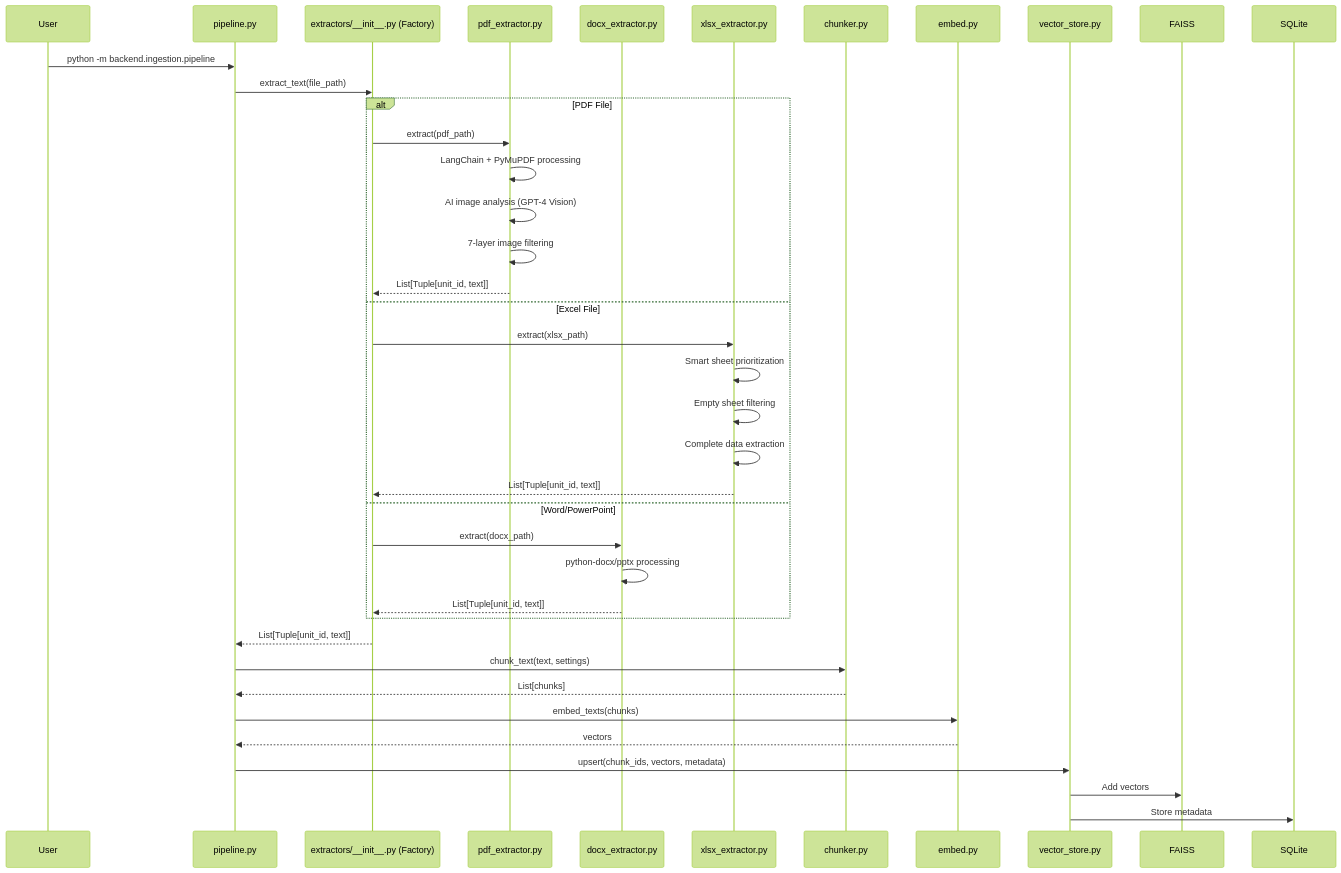
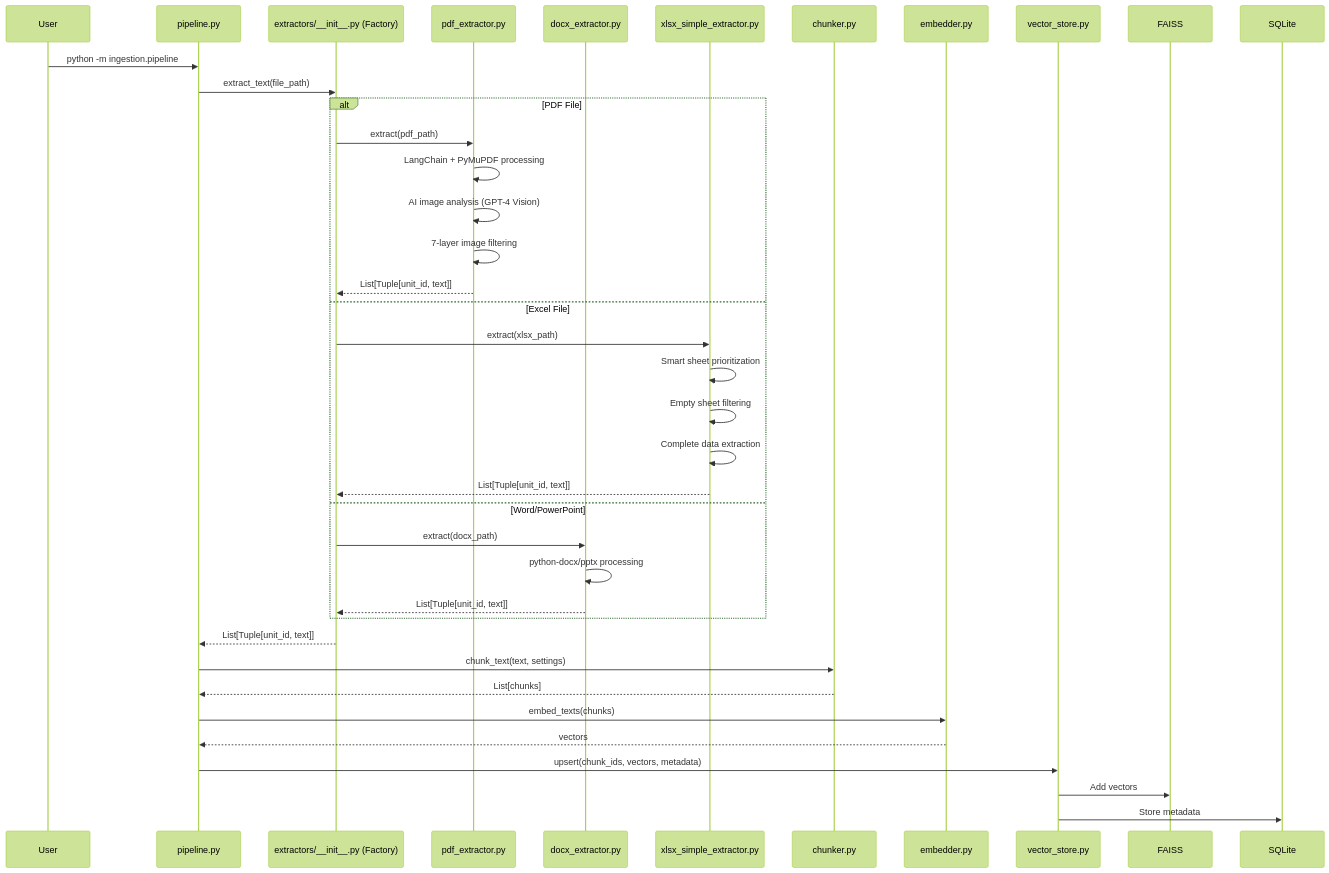
The second of 4 diagrams in backend/docs/ARCHITECTURE.md (AbhiramDwivedi/docrag), drawn with Mermaid (forest theme) before and after one commit. The commit also changed other lines of this file, not shown here.

Commit message:
Fix architecture paths, components, and data flow

````diff
--- a/backend/docs/ARCHITECTURE.md
+++ b/backend/docs/ARCHITECTURE.md
@@ -119,44 +124,44 @@
 ```mermaid
 sequenceDiagram
     participant User
     participant Pipeline as pipeline.py
     participant Factory as extractors/__init__.py (Factory)
     participant PDFExt as pdf_extractor.py
     participant DOCXExt as docx_extractor.py
-    participant XLSXExt as xlsx_extractor.py
+    participant XLSXExt as xlsx_simple_extractor.py
     participant Chunker as chunker.py
-    participant Embedder as embed.py
+    participant Embedder as embedder.py
     participant VectorStore as vector_store.py
     participant FAISS
     participant SQLite
 
-    User->>Pipeline: python -m backend.ingestion.pipeline
+    User->>Pipeline: python -m ingestion.pipeline
     Pipeline->>Factory: extract_text(file_path)
     
     alt PDF File
         Factory->>PDFExt: extract(pdf_path)
         PDFExt->>PDFExt: LangChain + PyMuPDF processing
         PDFExt->>PDFExt: AI image analysis (GPT-4 Vision)
         PDFExt->>PDFExt: 7-layer image filtering
         PDFExt-->>Factory: List[Tuple[unit_id, text]]
     else Excel File
         Factory->>XLSXExt: extract(xlsx_path)
         XLSXExt->>XLSXExt: Smart sheet prioritization
         XLSXExt->>XLSXExt: Empty sheet filtering
         XLSXExt->>XLSXExt: Complete data extraction
         XLSXExt-->>Factory: List[Tuple[unit_id, text]]
     else Word/PowerPoint
         Factory->>DOCXExt: extract(docx_path)
         DOCXExt->>DOCXExt: python-docx/pptx processing
         DOCXExt-->>Factory: List[Tuple[unit_id, text]]
     end
     
     Factory-->>Pipeline: List[Tuple[unit_id, text]]
     Pipeline->>Chunker: chunk_text(text, settings)
     Chunker-->>Pipeline: List[chunks]
     Pipeline->>Embedder: embed_texts(chunks)
     Embedder-->>Pipeline: vectors
     Pipeline->>VectorStore: upsert(chunk_ids, vectors, metadata)
     VectorStore->>FAISS: Add vectors
     VectorStore->>SQLite: Store metadata
 ```
````
